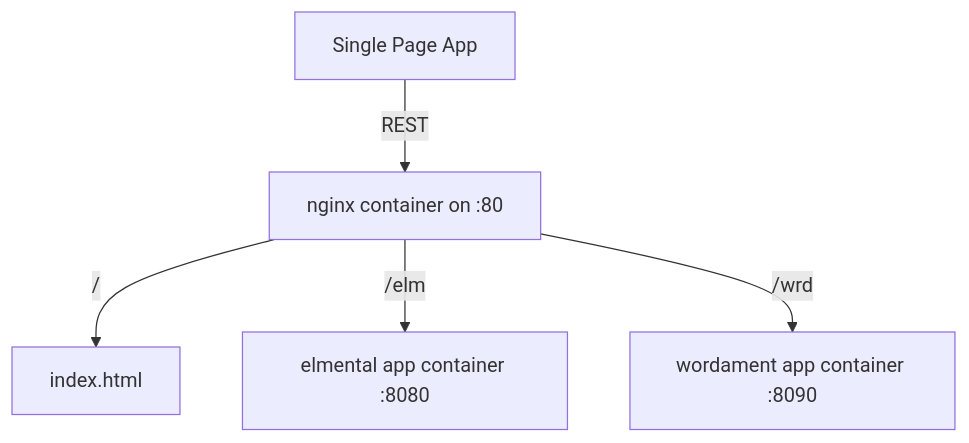
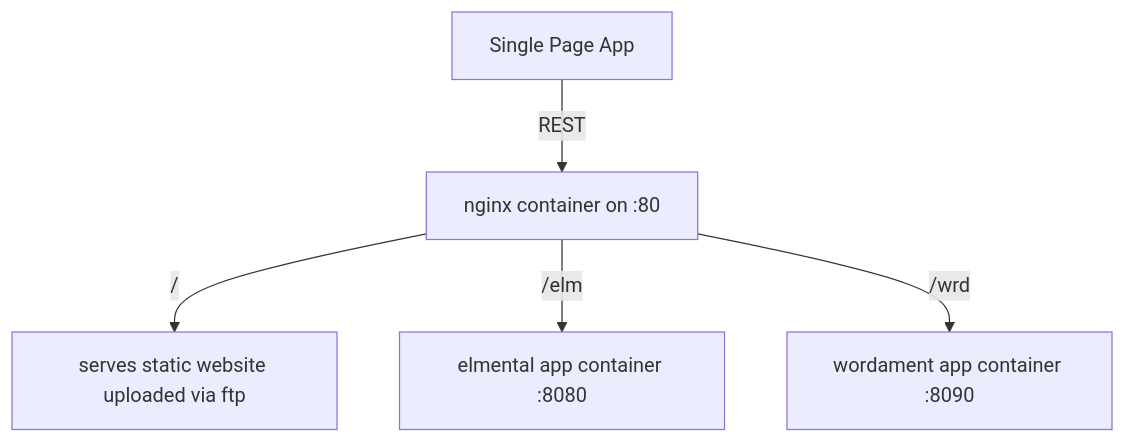
One commit to abhinababasu/infra changed the diagram in README.md. Above: the diagram before and after it, drawn with Mermaid.

Commit message:
updated wepath

````diff
--- a/README.md
+++ b/README.md
@@ -8,8 +8,8 @@
 ```mermaid
 graph TD;
     Web[Single Page App] --> |REST| RevProxy[nginx container on :80];
-    RevProxy --> |/| default[index.html];
+    RevProxy --> |/| default[serves static website uploaded via ftp];
     RevProxy --> |/elm| elm[elmental app container :8080];
     RevProxy --> |/wrd| wrd[wordament app container :8090];
 
 ```
````
